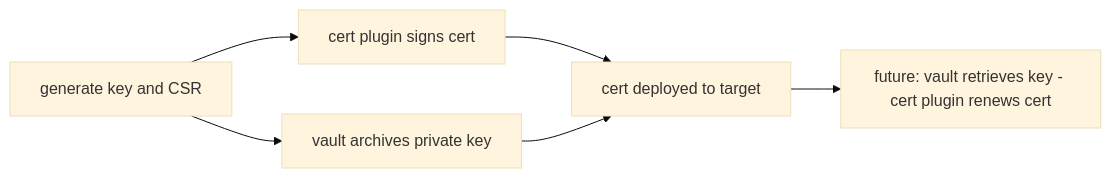
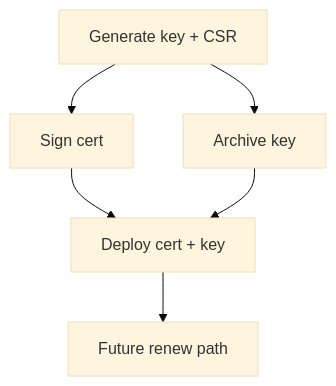
One commit to gprocunier/eigenstate-ipa changed diagram 12 of 12 in docs/cert-use-cases.md. Above: the diagram before and after it, drawn with Mermaid (base theme). The commit also changed other lines of this file and 12 other files, not shown here.

Commit message:
Clean up Mermaid diagrams across docs

````diff
--- a/docs/cert-use-cases.md
+++ b/docs/cert-use-cases.md
@@ -796,8 +809,11 @@
 ```mermaid
-flowchart LR
-    A["generate key and CSR"] --> B["cert plugin signs cert"]
-    A --> C["vault archives private key"]
-    B --> D["cert deployed to target"]
-    C --> D
-    D --> E["future: vault retrieves key - cert plugin renews cert"]
+flowchart TD
+    prep["Generate key + CSR"]
+    sign["Sign cert"]
+    archive["Archive key"]
+    deploy["Deploy cert + key"]
+    renew["Future renew path"]
+
+    prep --> sign --> deploy --> renew
+    prep --> archive --> deploy
 ```
````
